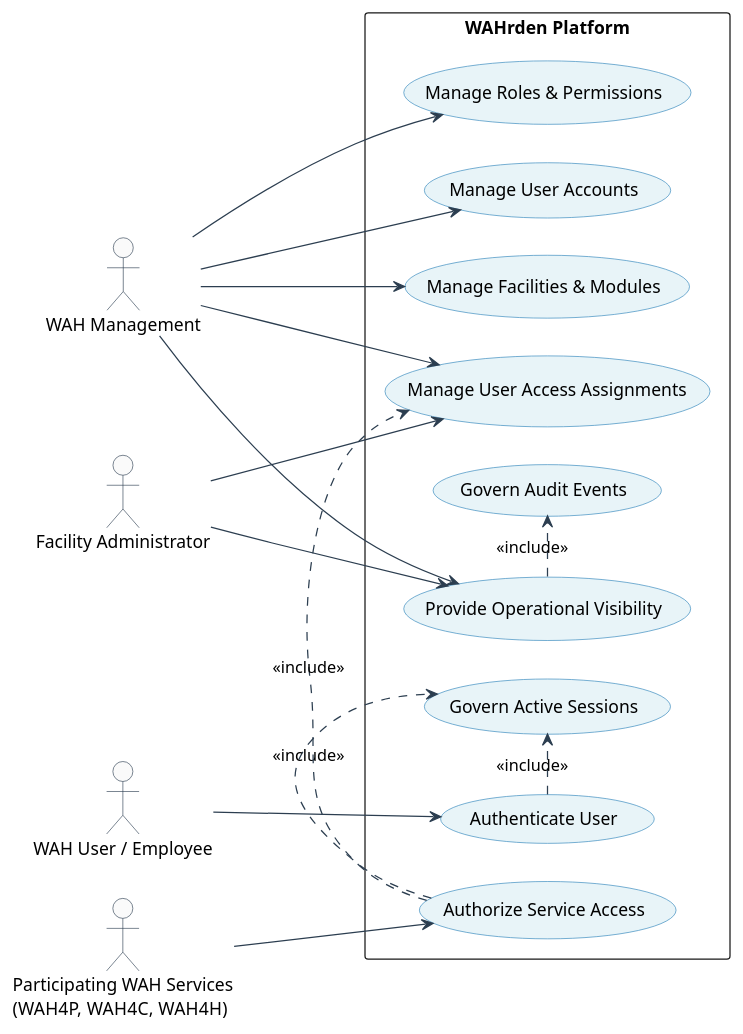
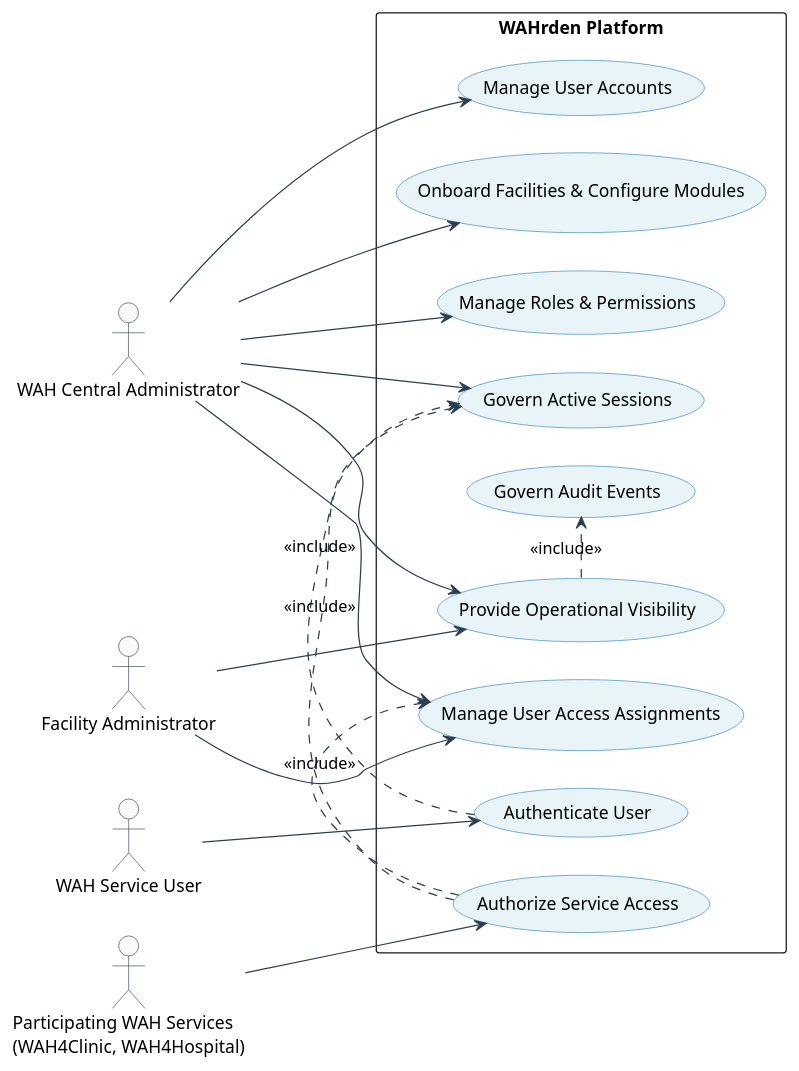
One commit to APC-SoCIT/APC-2026-2027-T1-SF241-G05-WAH4Security changed the diagram in WAH4Security_UCD.puml. Above: the diagram before and after it, drawn with PlantUML. The commit also changed other lines of this file, not shown here.

Commit message:
Refactor use case diagram and update actor names

```diff
--- a/WAH4Security_UCD.puml
+++ b/WAH4Security_UCD.puml
@@ -2,71 +1,78 @@
 @startuml
 left to right direction
 skinparam packageStyle rectangle
 skinparam shadowing false
 skinparam ranksep 60
 skinparam nodesep 30
 
 skinparam usecase {
     BackgroundColor #E8F4F8
     BorderColor #2980B9
     ArrowColor #2C3E50
 }
 
 skinparam actor {
     BorderColor #2C3E50
     BackgroundColor #FAFAFA
 }
 
-' Human / Primary Actors on the left
-actor "WAH Management" as WM
+' ==============================================================================
+' Primary Actors on the left (WAHrden UCDFD v10.4)
+' ==============================================================================
+actor "WAH Central Administrator" as WM
 actor "Facility Administrator" as FA
-actor "WAH User / Employee" as User
+actor "WAH Service User" as User
 
+' ==============================================================================
 ' System Boundary
+' ==============================================================================
 rectangle "WAHrden Platform" {
     
-    ' User Authentication & Runtime
+    ' User Authentication & Runtime (ASS / AGA)
     usecase "Authenticate User" as UC01
     usecase "Authorize Service Access" as UC06
     usecase "Govern Active Sessions" as UC07
     
-    ' Administrative Governance
+    ' Administrative Governance (IAL / FMG / AGA)
     usecase "Manage User Accounts" as UC02
-    usecase "Manage Facilities & Modules" as UC03
+    usecase "Onboard Facilities & Configure Modules" as UC03
     usecase "Manage Roles & Permissions" as UC04
     usecase "Manage User Access Assignments" as UC05
     
-    ' Monitoring & Auditing
+    ' Monitoring & Auditing (OSO)
     usecase "Govern Audit Events" as UC08
     usecase "Provide Operational Visibility" as UC09
 }
 
-' External Systems on the right
-actor "Participating WAH Services\n(WAH4P, WAH4C, WAH4H)" as Services
+' ==============================================================================
+' External Systems on the right (WAHrden UCDFD v10.4)
+' ==============================================================================
+actor "Participating WAH Services\n(WAH4Clinic, WAH4Hospital)" as Services
 
-' ================================
+' ==============================================================================
 ' Direct Actor Associations
-' ================================
+' ==============================================================================
 User --> UC01
 
 WM --> UC02
 WM --> UC03
 WM --> UC04
 WM --> UC05
+WM --> UC07
 WM --> UC09
 
 FA --> UC05
 FA --> UC09
 
 Services --> UC06
 
-' ================================
+' ==============================================================================
 ' Standard Use Case Relationships
-' ================================
+' ==============================================================================
 UC01 .> UC07 : <<include>>
 UC06 .> UC07 : <<include>>
 UC06 .> UC05 : <<include>>
 
 UC09 .> UC08 : <<include>>
 
 @enduml
```
